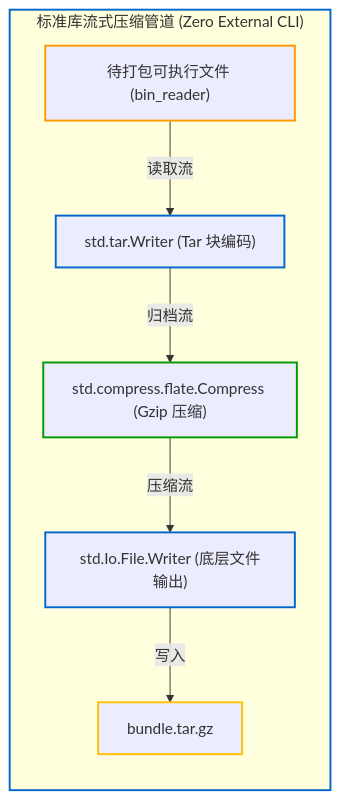
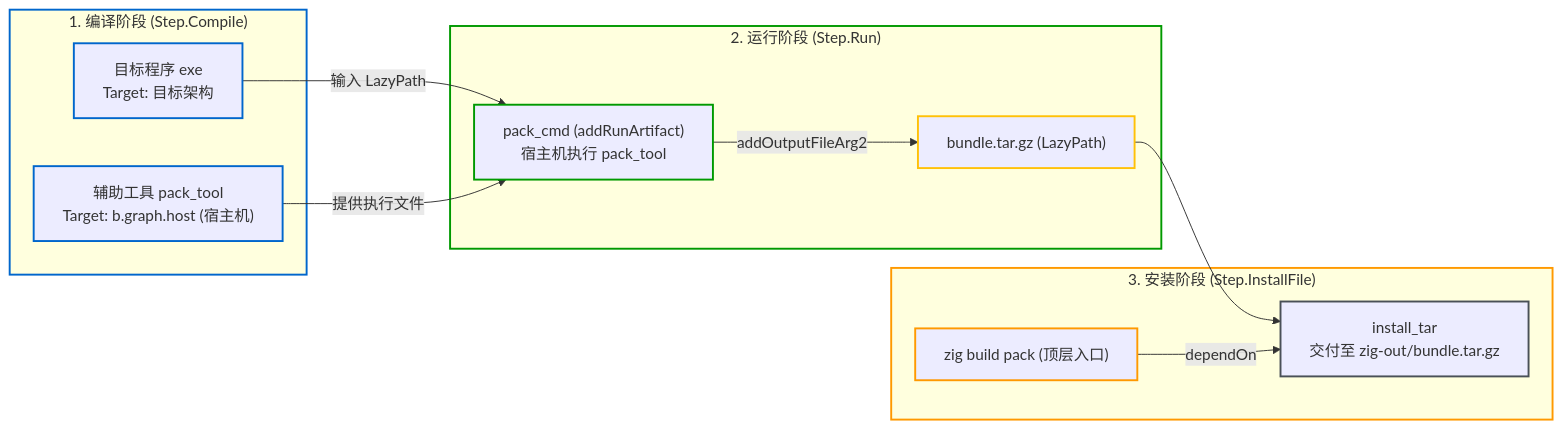
One commit to jiacai2050/x changed the diagram in zig-build/src/api/custom-steps.md. Above: the diagram before and after it, drawn with Mermaid. The commit also changed other lines of this file and 37 other files, not shown here.

Commit message:
zig-build upgrade to 0.17 (#52)

````diff
--- a/zig-build/src/api/custom-steps.md
+++ b/zig-build/src/api/custom-steps.md
@@ -38,23 +67,34 @@
 ```mermaid
 flowchart LR
-    subgraph S_Pipeline ["标准库流式压缩管道 (Zero External CLI)"]
-        F_Bin["待打包可执行文件 (bin_reader)"]
-        W_Tar["std.tar.Writer (Tar 块编码)"]
-        W_Gz["std.compress.flate.Compress (Gzip 压缩)"]
-        W_File["std.Io.File.Writer (底层文件输出)"]
-        F_Out["bundle.tar.gz"]
-
-        F_Bin -- "读取流" --> W_Tar
-        W_Tar -- "归档流" --> W_Gz
-        W_Gz -- "压缩流" --> W_File
-        W_File -- "写入" --> F_Out
+    subgraph S_Compile ["1. 编译阶段 (Step.Compile)"]
+        S_Exe["目标程序 exe<br/>Target: 目标架构"]
+        S_Tool["辅助工具 pack_tool<br/>Target: b.graph.host (宿主机)"]
     end
 
+    subgraph S_Run ["2. 运行阶段 (Step.Run)"]
+        S_RunPack["pack_cmd (addRunArtifact)<br/>宿主机执行 pack_tool"]
+        LP_Out["bundle.tar.gz (LazyPath)"]
+    end
+
+    subgraph S_Install ["3. 安装阶段 (Step.InstallFile)"]
+        S_Inst["install_tar<br/>交付至 zig-out/bundle.tar.gz"]
+        TopPack["zig build pack (顶层入口)"]
+    end
+
+    S_Exe -- "输入 LazyPath" --> S_RunPack
+    S_Tool -- "提供执行文件" --> S_RunPack
+    S_RunPack -- "addOutputFileArg2" --> LP_Out
+    LP_Out --> S_Inst
+    TopPack -- "dependOn" --> S_Inst
+
     classDef default stroke:#495057;
-    style S_Pipeline stroke:#0066cc,stroke-width:2px;
-    style F_Bin stroke:#ff9900,stroke-width:2px;
-    style W_Tar stroke:#0066cc,stroke-width:2px;
-    style W_Gz stroke:#009900,stroke-width:2px;
-    style W_File stroke:#0066cc,stroke-width:2px;
-    style F_Out stroke:#ffc107,stroke-width:2px;
+    style S_Compile stroke:#0066cc,stroke-width:2px;
+    style S_Run stroke:#009900,stroke-width:2px;
+    style S_Install stroke:#ff9900,stroke-width:2px;
+    style S_Exe stroke:#0066cc,stroke-width:2px;
+    style S_Tool stroke:#0066cc,stroke-width:2px;
+    style S_RunPack stroke:#009900,stroke-width:2px;
+    style LP_Out stroke:#ffc107,stroke-width:2px;
+    style S_Inst stroke:#495057,stroke-width:2px;
+    style TopPack stroke:#ff9900,stroke-width:2px;
 ```
````
